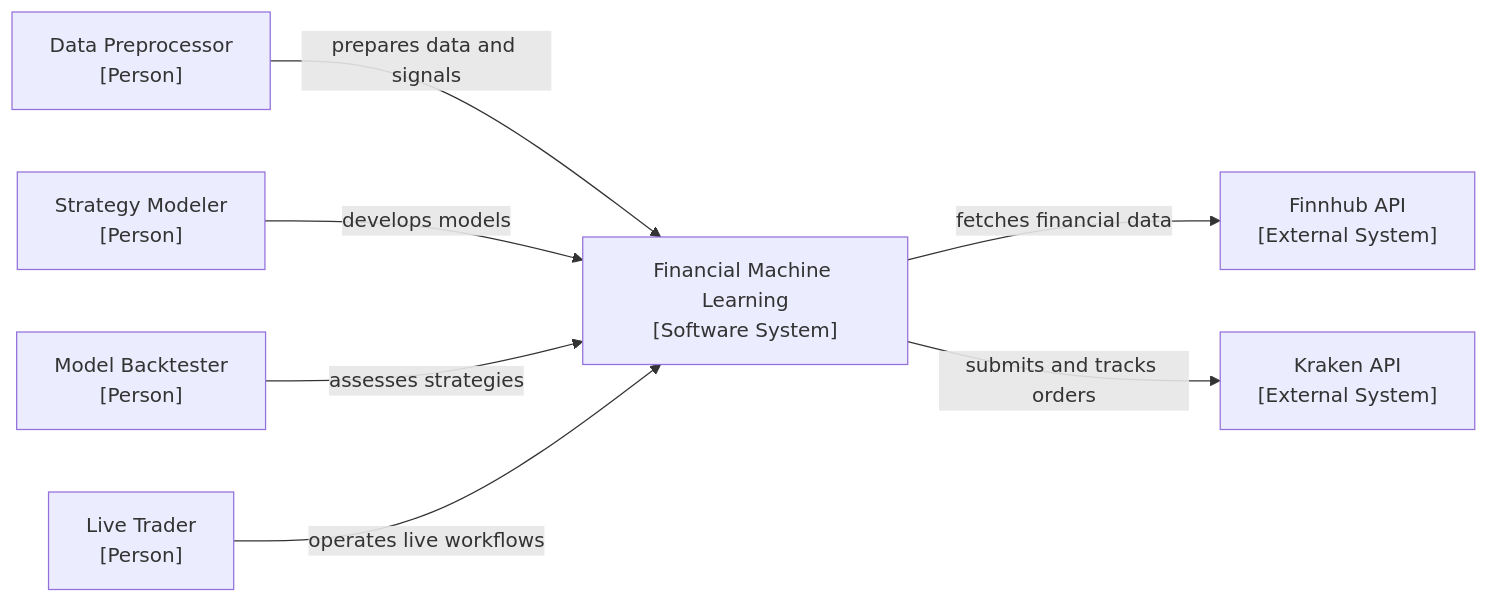
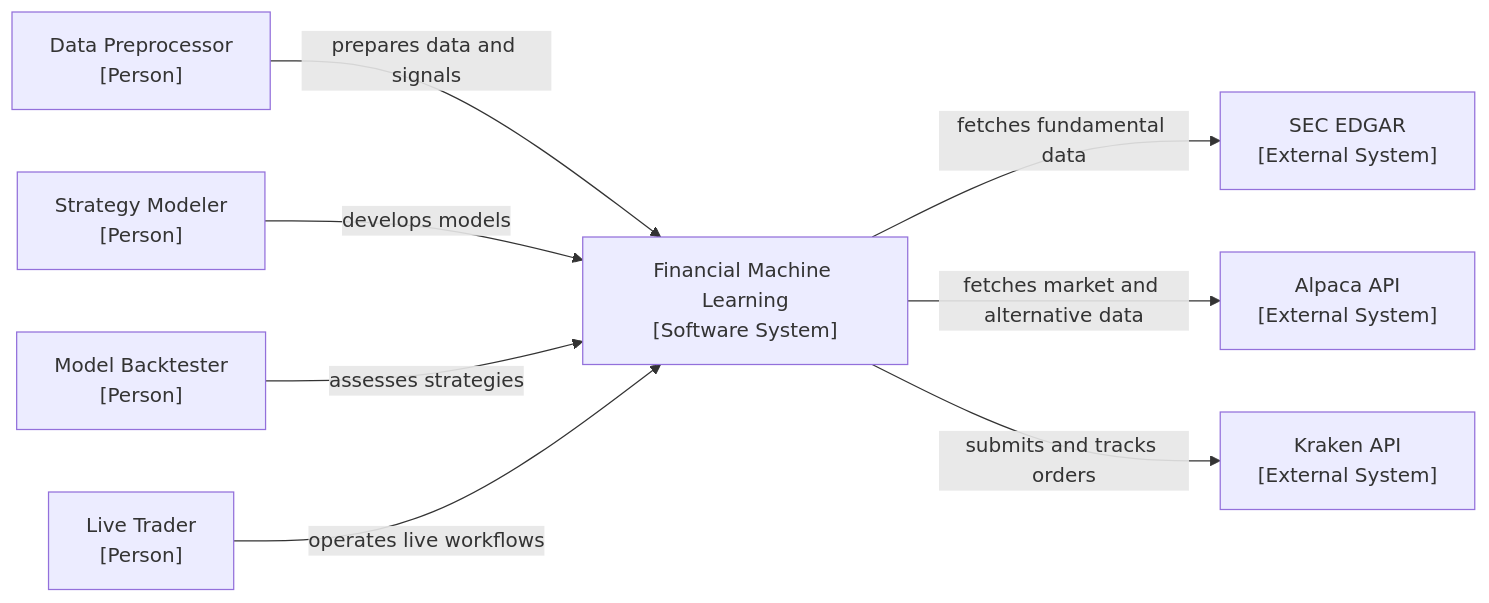
Before and after one commit to kwonjunhyuk9/financial-machine-learning: the first of 3 diagrams in docs/architecture.md, drawn with Mermaid. The commit also changed other lines of this file and 4 other files, not shown here.

````diff
--- a/docs/architecture.md
+++ b/docs/architecture.md
@@ -22,16 +22,18 @@
 ```mermaid
 flowchart LR
     dp["Data Preprocessor<br/>[Person]"]
     sm["Strategy Modeler<br/>[Person]"]
     mb["Model Backtester<br/>[Person]"]
     lt["Live Trader<br/>[Person]"]
-    finnhub["Finnhub API<br/>[External System]"]
+    sec_edgar["SEC EDGAR<br/>[External System]"]
+    alpaca["Alpaca API<br/>[External System]"]
     kraken["Kraken API<br/>[External System]"]
     system["Financial Machine Learning<br/>[Software System]"]
     dp -->|" prepares data and signals "| system
     sm -->|" develops models "| system
     mb -->|" assesses strategies "| system
     lt -->|" operates live workflows "| system
-    system -->|" fetches financial data "| finnhub
+    system -->|" fetches fundamental data "| sec_edgar
+    system -->|" fetches market and alternative data "| alpaca
     system -->|" submits and tracks orders "| kraken
 ```
````
